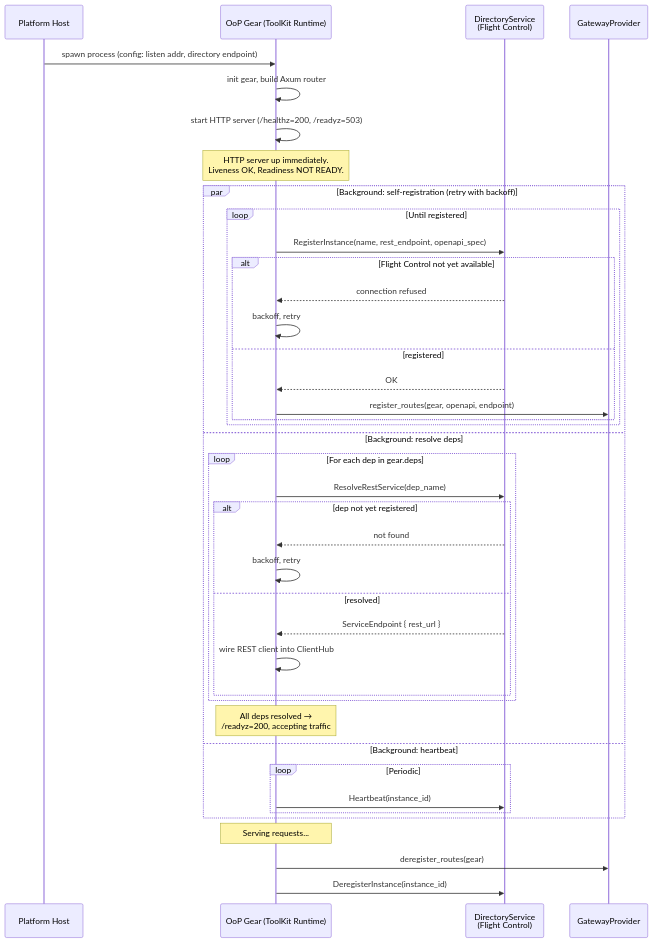
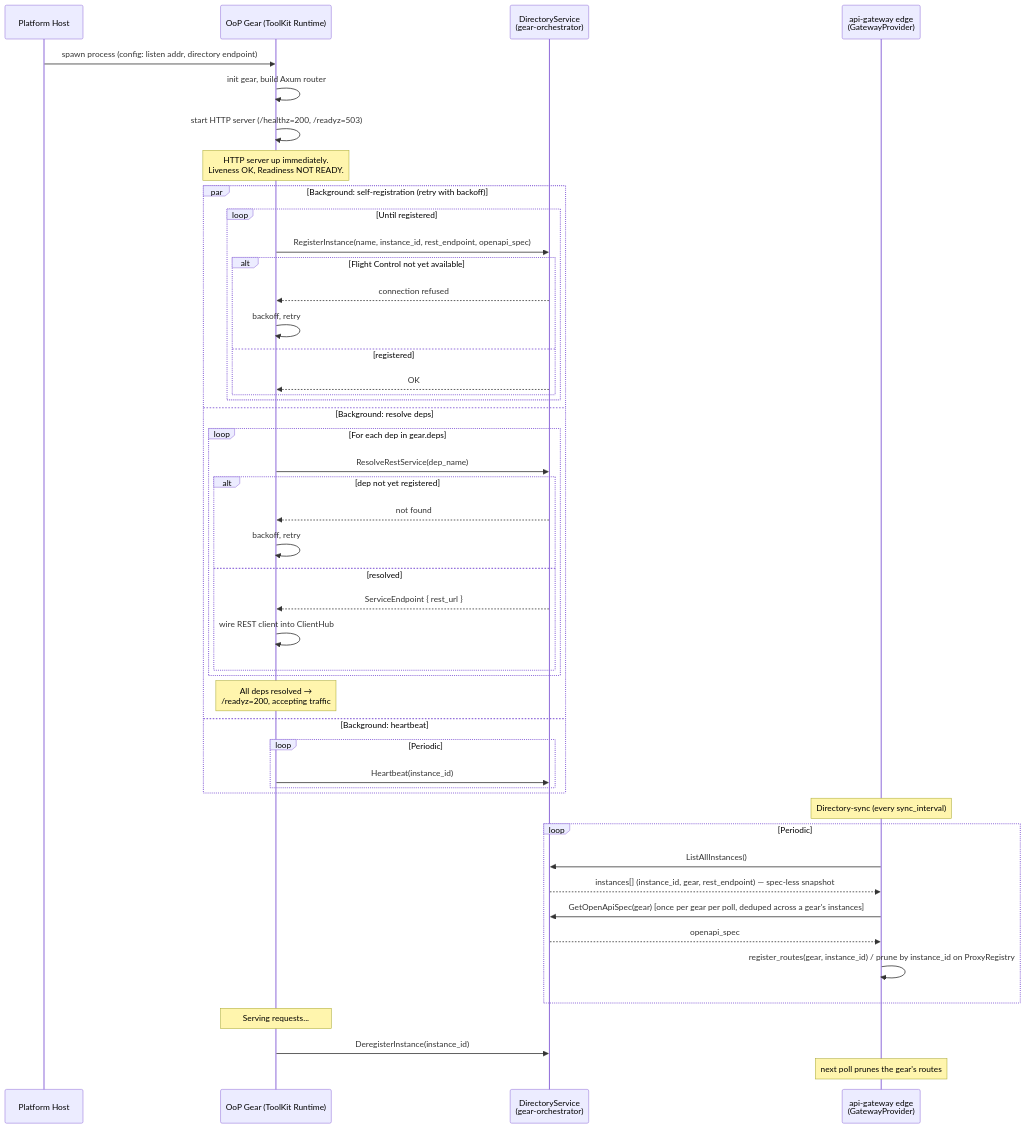
One commit to Andrei-Iliushin-Constructor/gears-rust changed the third of 8 diagrams in docs/arch/toolkit-oop/DESIGN.md. Above: the diagram before and after it, drawn with Mermaid. The commit also changed other lines of this file and 85 other files, not shown here.

Commit message:
feat(toolkit/oop): gateway provider + reverse-proxy edge registration

````diff
--- a/docs/arch/toolkit-oop/DESIGN.md
+++ b/docs/arch/toolkit-oop/DESIGN.md
@@ -1128,45 +1164,53 @@
 ```mermaid
 sequenceDiagram
     participant Host as Platform Host
     participant Worker as OoP Gear (ToolKit Runtime)
-    participant Dir as DirectoryService<br/>(Flight Control)
-    participant GWP as GatewayProvider
+    participant Dir as DirectoryService<br/>(gear-orchestrator)
+    participant Edge as api-gateway edge<br/>(GatewayProvider)
 
     Host->>Worker: spawn process (config: listen addr, directory endpoint)
     Worker->>Worker: init gear, build Axum router
     Worker->>Worker: start HTTP server (/healthz=200, /readyz=503)
     Note over Worker: HTTP server up immediately.<br/>Liveness OK, Readiness NOT READY.
 
     par Background: self-registration (retry with backoff)
         loop Until registered
-            Worker->>Dir: RegisterInstance(name, rest_endpoint, openapi_spec)
+            Worker->>Dir: RegisterInstance(name, instance_id, rest_endpoint, openapi_spec)
             alt Flight Control not yet available
                 Dir-->>Worker: connection refused
                 Worker->>Worker: backoff, retry
             else registered
                 Dir-->>Worker: OK
-                Worker->>GWP: register_routes(gear, openapi, endpoint)
             end
         end
     and Background: resolve deps
         loop For each dep in gear.deps
             Worker->>Dir: ResolveRestService(dep_name)
             alt dep not yet registered
                 Dir-->>Worker: not found
                 Worker->>Worker: backoff, retry
             else resolved
                 Dir-->>Worker: ServiceEndpoint { rest_url }
                 Worker->>Worker: wire REST client into ClientHub
             end
         end
         Note over Worker: All deps resolved →<br/>/readyz=200, accepting traffic
     and Background: heartbeat
         loop Periodic
             Worker->>Dir: Heartbeat(instance_id)
         end
     end
 
+    Note over Edge: Directory-sync (every sync_interval)
+    loop Periodic
+        Edge->>Dir: ListAllInstances()
+        Dir-->>Edge: instances[] (instance_id, gear, rest_endpoint) — spec-less snapshot
+        Edge->>Dir: GetOpenApiSpec(gear) [once per gear per poll, deduped across a gear's instances]
+        Dir-->>Edge: openapi_spec
+        Edge->>Edge: register_routes(gear, instance_id) / prune by instance_id on ProxyRegistry
+    end
+
     Note over Worker: Serving requests...
-    Worker->>GWP: deregister_routes(gear)
     Worker->>Dir: DeregisterInstance(instance_id)
+    Note over Edge: next poll prunes the gear's routes
 ```
````
